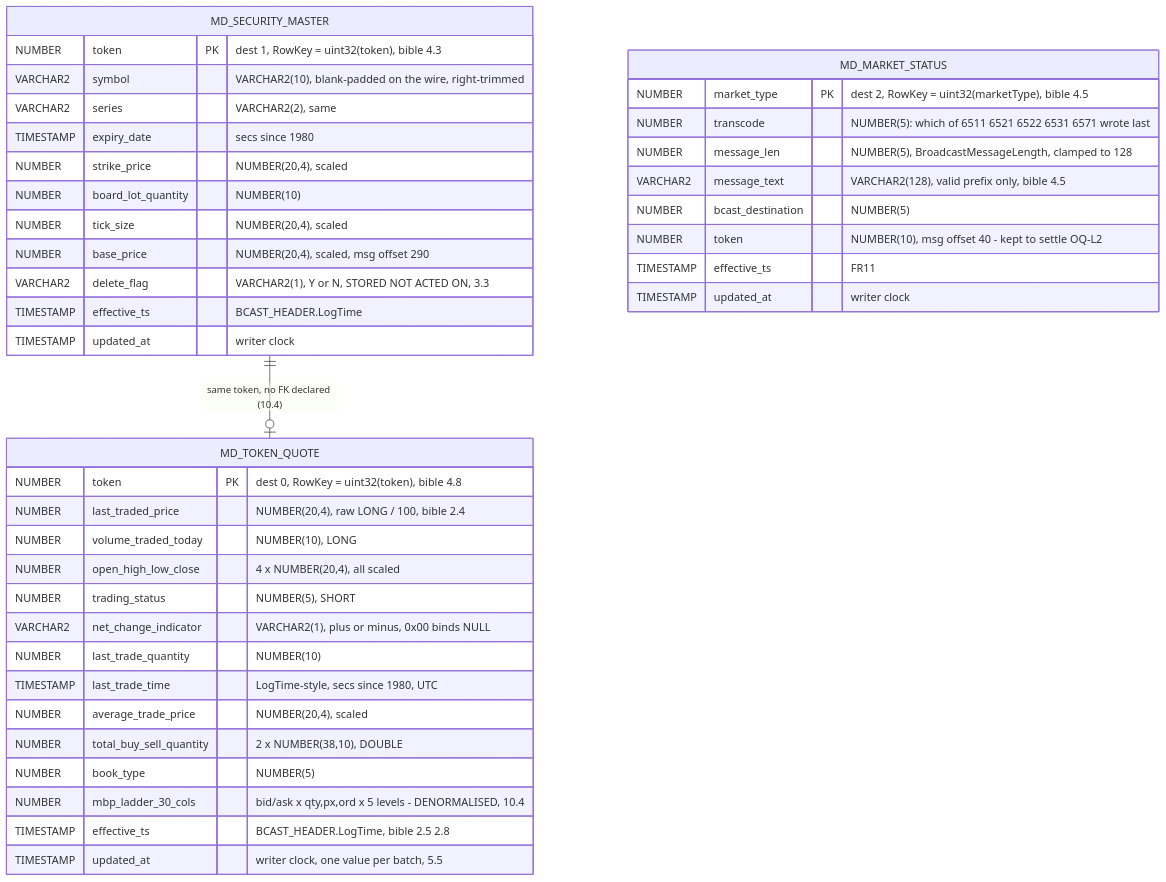
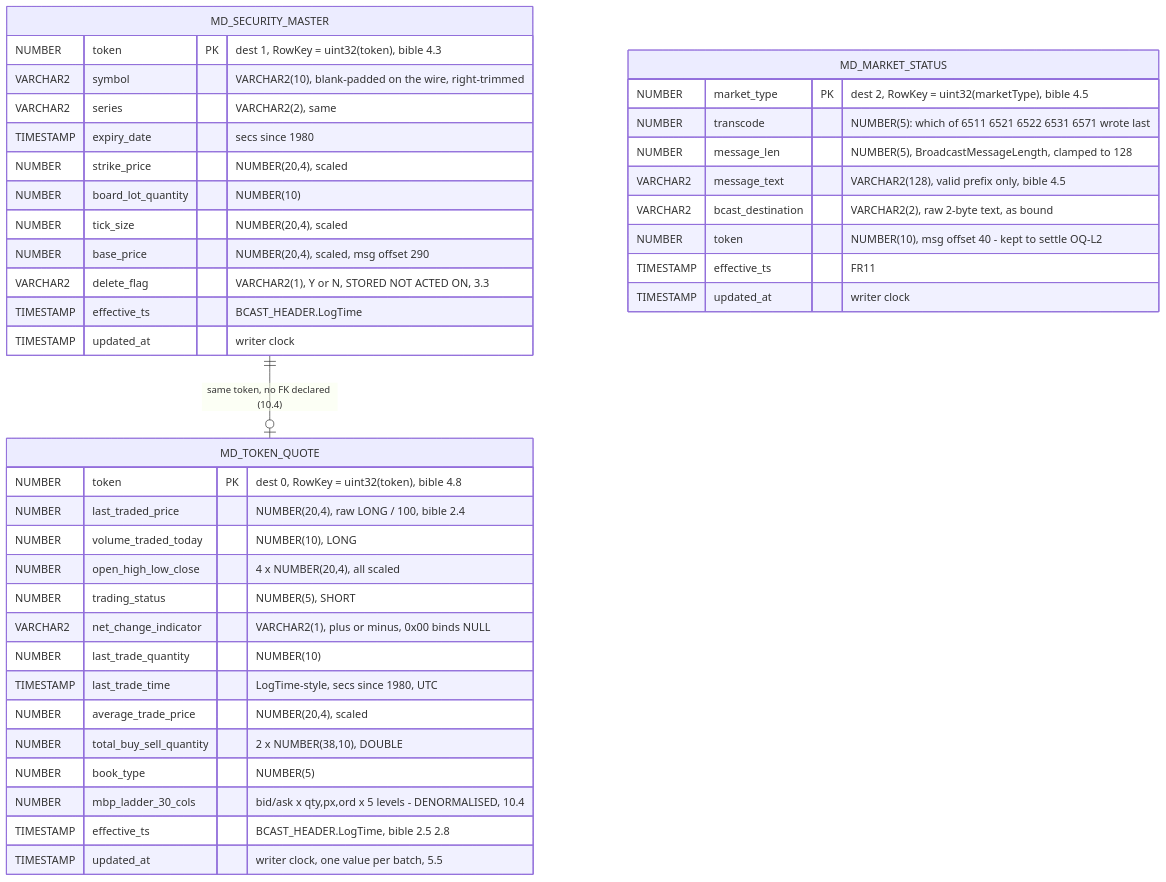
Before and after one commit to redwineyards/feedvalve: the fourth of 5 diagrams in docs/lld/03-writer-persistence.md, drawn with Mermaid. The commit also changed other lines of this file and 8 other files, not shown here.

````diff
--- a/docs/lld/03-writer-persistence.md
+++ b/docs/lld/03-writer-persistence.md
@@ -1664,43 +1664,43 @@
 ```mermaid
 erDiagram
     MD_TOKEN_QUOTE {
         NUMBER token PK "dest 0, RowKey = uint32(token), bible 4.8"
         NUMBER last_traded_price "NUMBER(20,4), raw LONG / 100, bible 2.4"
         NUMBER volume_traded_today "NUMBER(10), LONG"
         NUMBER open_high_low_close "4 x NUMBER(20,4), all scaled"
         NUMBER trading_status "NUMBER(5), SHORT"
         VARCHAR2 net_change_indicator "VARCHAR2(1), plus or minus, 0x00 binds NULL"
         NUMBER last_trade_quantity "NUMBER(10)"
         TIMESTAMP last_trade_time "LogTime-style, secs since 1980, UTC"
         NUMBER average_trade_price "NUMBER(20,4), scaled"
         NUMBER total_buy_sell_quantity "2 x NUMBER(38,10), DOUBLE"
         NUMBER book_type "NUMBER(5)"
         NUMBER mbp_ladder_30_cols "bid/ask x qty,px,ord x 5 levels - DENORMALISED, 10.4"
         TIMESTAMP effective_ts "BCAST_HEADER.LogTime, bible 2.5 2.8"
         TIMESTAMP updated_at "writer clock, one value per batch, 5.5"
     }
     MD_SECURITY_MASTER {
         NUMBER token PK "dest 1, RowKey = uint32(token), bible 4.3"
         VARCHAR2 symbol "VARCHAR2(10), blank-padded on the wire, right-trimmed"
         VARCHAR2 series "VARCHAR2(2), same"
         TIMESTAMP expiry_date "secs since 1980"
         NUMBER strike_price "NUMBER(20,4), scaled"
         NUMBER board_lot_quantity "NUMBER(10)"
         NUMBER tick_size "NUMBER(20,4), scaled"
         NUMBER base_price "NUMBER(20,4), scaled, msg offset 290"
         VARCHAR2 delete_flag "VARCHAR2(1), Y or N, STORED NOT ACTED ON, 3.3"
         TIMESTAMP effective_ts "BCAST_HEADER.LogTime"
         TIMESTAMP updated_at "writer clock"
     }
     MD_MARKET_STATUS {
         NUMBER market_type PK "dest 2, RowKey = uint32(marketType), bible 4.5"
         NUMBER transcode "NUMBER(5): which of 6511 6521 6522 6531 6571 wrote last"
         NUMBER message_len "NUMBER(5), BroadcastMessageLength, clamped to 128"
         VARCHAR2 message_text "VARCHAR2(128), valid prefix only, bible 4.5"
-        NUMBER bcast_destination "NUMBER(5)"
+        VARCHAR2 bcast_destination "VARCHAR2(2), raw 2-byte text, as bound"
         NUMBER token "NUMBER(10), msg offset 40 - kept to settle OQ-L2"
         TIMESTAMP effective_ts "FR11"
         TIMESTAMP updated_at "writer clock"
     }
     MD_SECURITY_MASTER ||--o| MD_TOKEN_QUOTE : "same token, no FK declared (10.4)"
 ```
````
